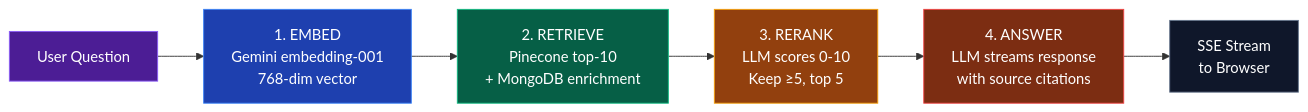
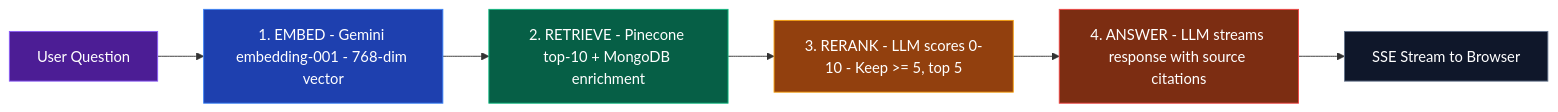
One commit to AniketB26/What-I-Signed changed the sixth of 9 diagrams in README.md. Above: the diagram before and after it, drawn with Mermaid. The commit also changed other lines of this file, not shown here.

Commit message:
docs: fix all mermaid diagram rendering issues

````diff
--- a/README.md
+++ b/README.md
@@ -473,16 +473,16 @@
 ```mermaid
 graph LR
     Q["User Question"]
-    Q --> E["1. EMBED\nGemini embedding-001\n768-dim vector"]
-    E --> R["2. RETRIEVE\nPinecone top-10\n+ MongoDB enrichment"]
-    R --> RR["3. RERANK\nLLM scores 0-10\nKeep ≥5, top 5"]
-    RR --> A["4. ANSWER\nLLM streams response\nwith source citations"]
-    A --> U["SSE Stream\nto Browser"]
+    Q --> E["1. EMBED - Gemini embedding-001 - 768-dim vector"]
+    E --> R["2. RETRIEVE - Pinecone top-10 + MongoDB enrichment"]
+    R --> RR["3. RERANK - LLM scores 0-10 - Keep >= 5, top 5"]
+    RR --> A["4. ANSWER - LLM streams response with source citations"]
+    A --> U["SSE Stream to Browser"]
 
     style Q fill:#4c1d95,stroke:#8b5cf6,color:#fff
     style E fill:#1e40af,stroke:#3b82f6,color:#fff
     style R fill:#065f46,stroke:#10b981,color:#fff
     style RR fill:#92400e,stroke:#f59e0b,color:#fff
     style A fill:#7c2d12,stroke:#ef4444,color:#fff
     style U fill:#0f172a,stroke:#64748b,color:#fff
 ```
````
